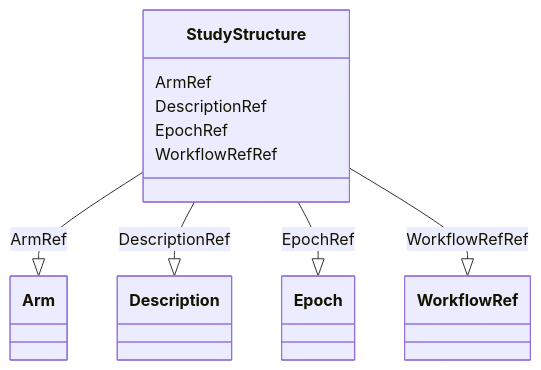
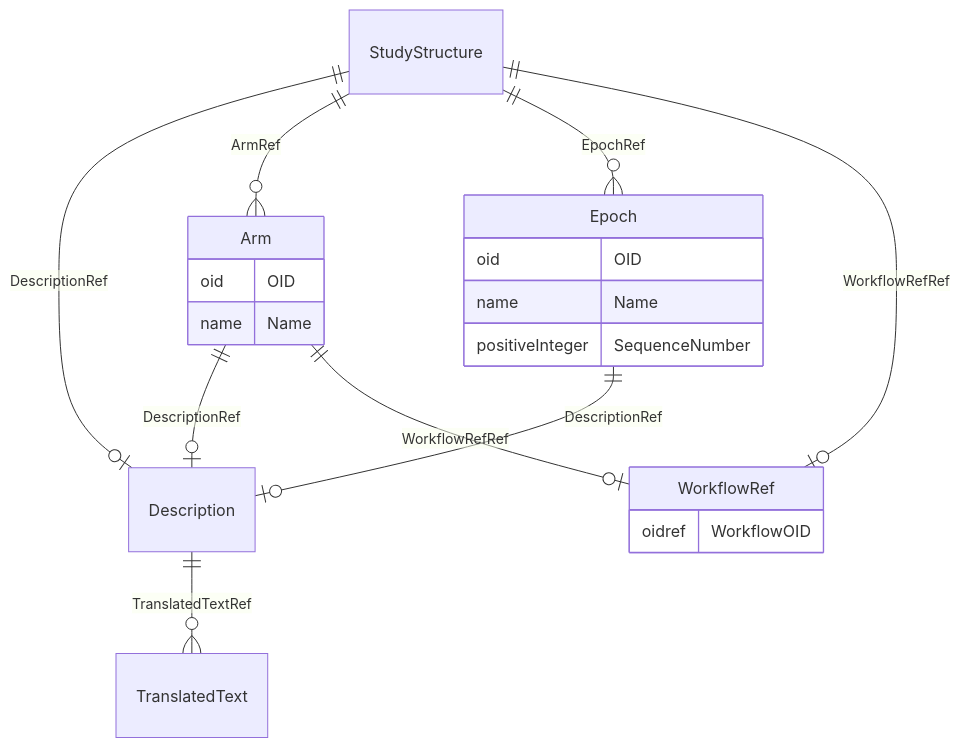
One commit to cdisc-org/DataExchange-ODM-LinkML changed the diagram in docs/StudyStructure.md. Above: the diagram before and after it, drawn with Mermaid. The commit also changed other lines of this file and 181 other files, not shown here.

Commit message:
ER diagrams working via templates and removing names with underscores

````diff
--- a/docs/StudyStructure.md
+++ b/docs/StudyStructure.md
@@ -14,21 +11,31 @@
 ```mermaid
- classDiagram
-    class StudyStructure
-      StudyStructure : ArmRef
-        
-          StudyStructure --|> Arm : ArmRef
-        
-      StudyStructure : DescriptionRef
-        
-          StudyStructure --|> Description : DescriptionRef
-        
-      StudyStructure : EpochRef
-        
-          StudyStructure --|> Epoch : EpochRef
-        
-      StudyStructure : WorkflowRefRef
-        
-          StudyStructure --|> WorkflowRef : WorkflowRefRef
-        
-      
+erDiagram
+StudyStructure {
+
+}
+WorkflowRef {
+    oidref WorkflowOID  
+}
+Epoch {
+    oid OID  
+    name Name  
+    positiveInteger SequenceNumber  
+}
+Description {
+
+}
+Arm {
+    oid OID  
+    name Name  
+}
+
+StudyStructure ||--|o Description : "DescriptionRef"
+StudyStructure ||--}o Arm : "ArmRef"
+StudyStructure ||--}o Epoch : "EpochRef"
+StudyStructure ||--|o WorkflowRef : "WorkflowRefRef"
+Epoch ||--|o Description : "DescriptionRef"
+Description ||--}o TranslatedText : "TranslatedTextRef"
+Arm ||--|o Description : "DescriptionRef"
+Arm ||--|o WorkflowRef : "WorkflowRefRef"
+
 ```
````
